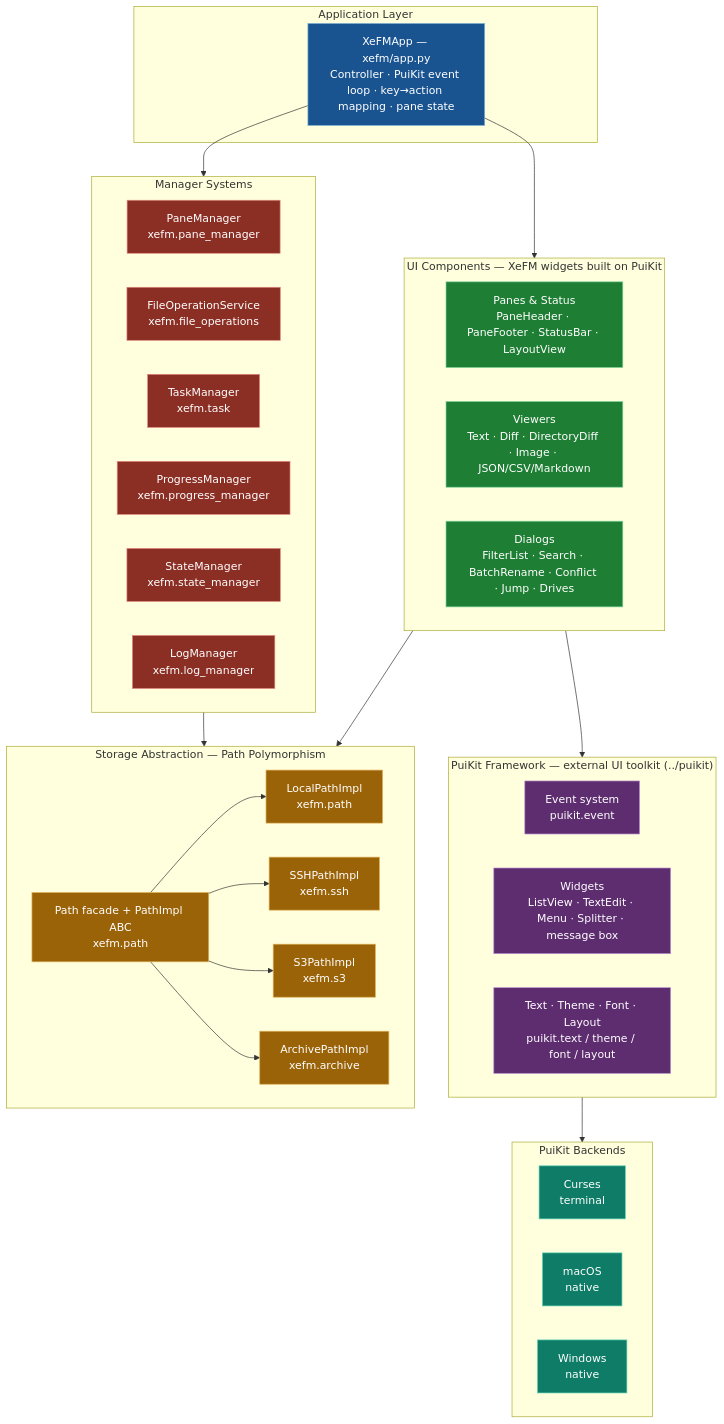
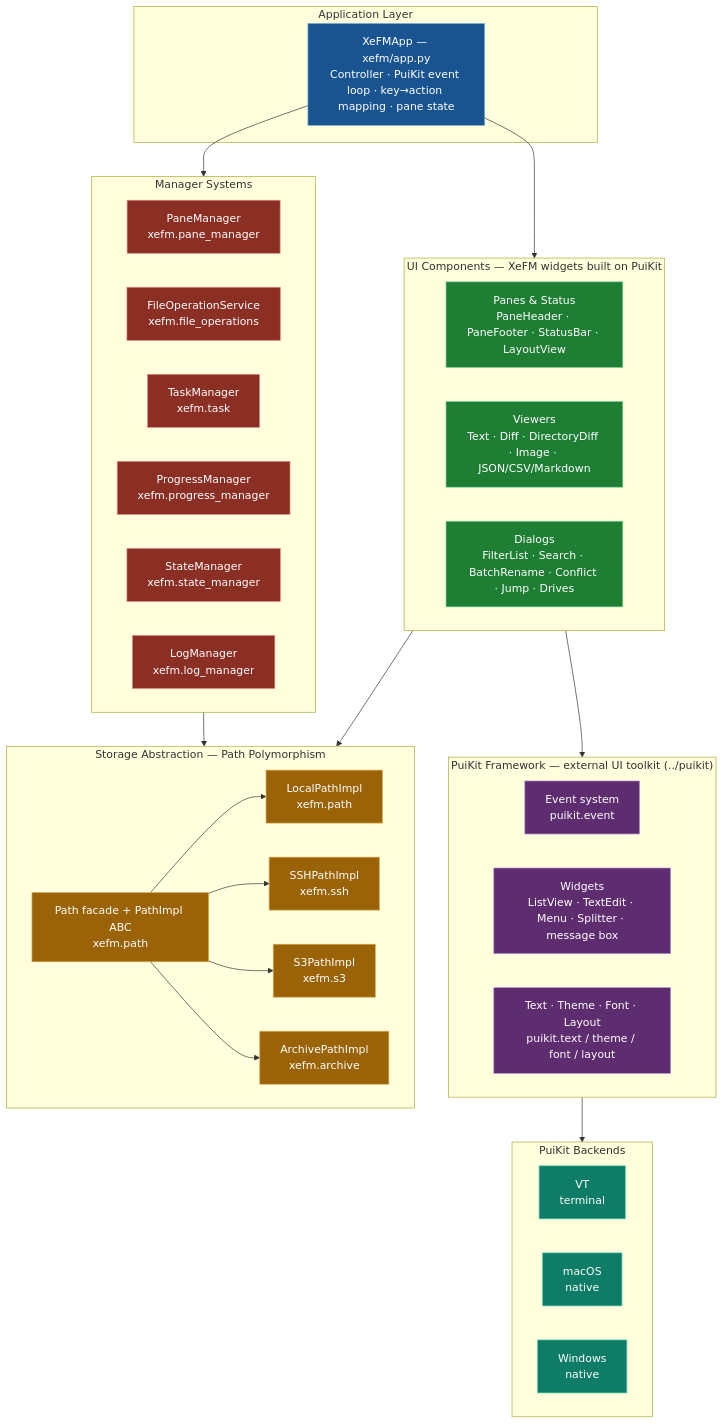
One commit to crftwr/xefm changed the diagram in doc/dev/XEFM_APPLICATION_OVERVIEW.md. Above: the diagram before and after it, drawn with Mermaid. The commit also changed other lines of this file and 25 other files, not shown here.

````diff
--- a/doc/dev/XEFM_APPLICATION_OVERVIEW.md
+++ b/doc/dev/XEFM_APPLICATION_OVERVIEW.md
@@ -14,68 +14,68 @@
 ```mermaid
 flowchart TB
     subgraph APP["Application Layer"]
         XeFMApp["XeFMApp — xefm/app.py<br/>Controller · PuiKit event loop · key→action mapping · pane state"]
     end
 
     subgraph MGR["Manager Systems"]
         direction LR
         Pane["PaneManager<br/>xefm.pane_manager"]
         FileOps["FileOperationService<br/>xefm.file_operations"]
         Task["TaskManager<br/>xefm.task"]
         Progress["ProgressManager<br/>xefm.progress_manager"]
         State["StateManager<br/>xefm.state_manager"]
         Log["LogManager<br/>xefm.log_manager"]
     end
 
     subgraph UI["UI Components — XeFM widgets built on PuiKit"]
         direction LR
         Panes["Panes &amp; Status<br/>PaneHeader · PaneFooter · StatusBar · LayoutView"]
         Viewers["Viewers<br/>Text · Diff · DirectoryDiff · Image · JSON/CSV/Markdown"]
         Dialogs["Dialogs<br/>FilterList · Search · BatchRename · Conflict · Jump · Drives"]
     end
 
     subgraph STORE["Storage Abstraction — Path Polymorphism"]
         direction LR
         Path["Path facade + PathImpl ABC<br/>xefm.path"]
         Local["LocalPathImpl<br/>xefm.path"]
         SSH["SSHPathImpl<br/>xefm.ssh"]
         S3["S3PathImpl<br/>xefm.s3"]
         Archive["ArchivePathImpl<br/>xefm.archive"]
         Path --> Local & SSH & S3 & Archive
     end
 
     subgraph PUI["PuiKit Framework — external UI toolkit (../puikit)"]
         direction LR
         Events["Event system<br/>puikit.event"]
         Widgets["Widgets<br/>ListView · TextEdit · Menu · Splitter · message box"]
         TextEng["Text · Theme · Font · Layout<br/>puikit.text / theme / font / layout"]
     end
 
     subgraph BE["PuiKit Backends"]
         direction LR
-        Curses["Curses<br/>terminal"]
+        VT["VT<br/>terminal"]
         MacOS["macOS<br/>native"]
         Windows["Windows<br/>native"]
     end
 
     XeFMApp --> MGR
     XeFMApp --> UI
     MGR --> STORE
     UI --> STORE
     UI --> PUI
     PUI --> BE
 
     classDef app fill:#1a5490,stroke:#7fb3d5,color:#ffffff;
     classDef mgr fill:#8b2e24,stroke:#e0897f,color:#ffffff;
     classDef ui fill:#1e7e34,stroke:#7fd39b,color:#ffffff;
     classDef store fill:#9a6308,stroke:#e0b45f,color:#ffffff;
     classDef pui fill:#5e2d70,stroke:#b98fd0,color:#ffffff;
     classDef be fill:#0e7c66,stroke:#5fd0b4,color:#ffffff;
 
     class XeFMApp app;
     class Pane,FileOps,Task,Progress,State,Log mgr;
     class Panes,Viewers,Dialogs ui;
     class Path,Local,SSH,S3,Archive store;
     class Events,Widgets,TextEng pui;
-    class Curses,MacOS,Windows be;
+    class VT,MacOS,Windows be;
 ```
````
